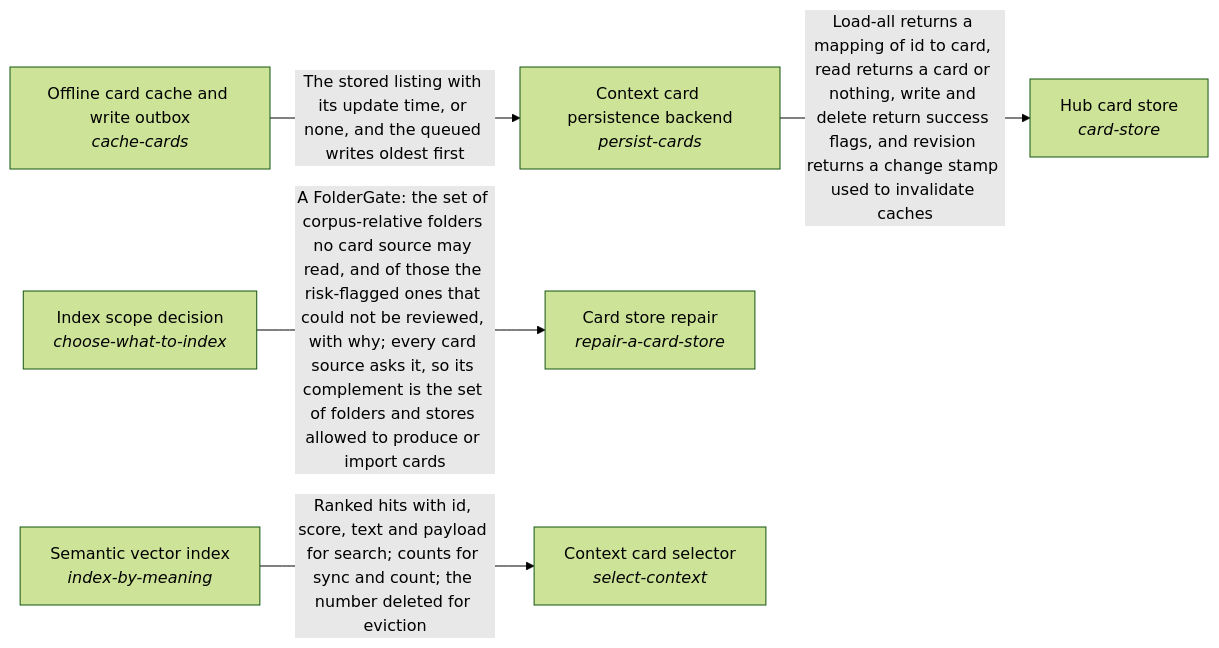
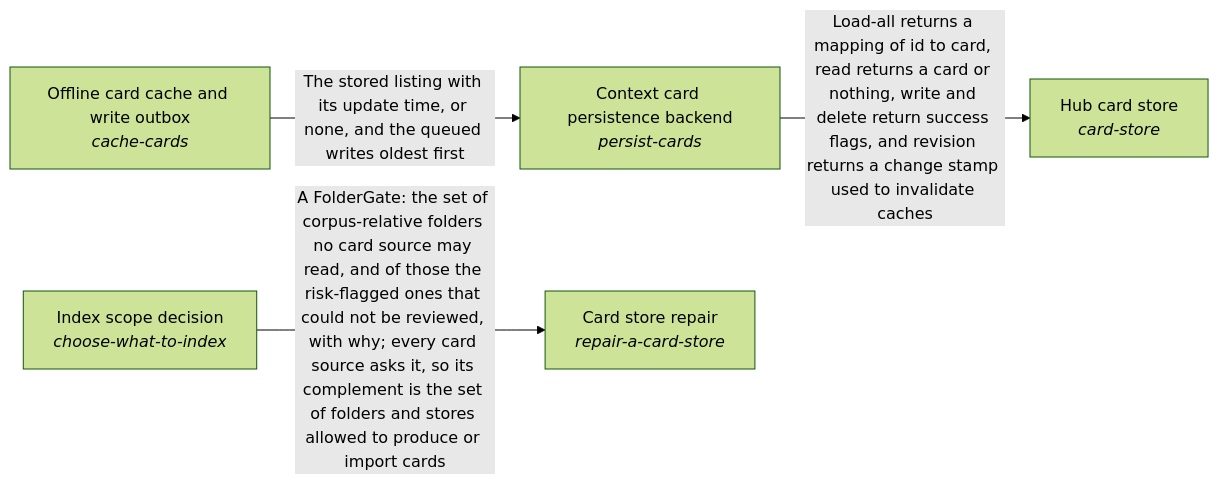
One commit to SpiritualData/quest-ai-runner changed the diagram in quest_ai_runner/the_intelligence/subconscious/README.md. Above: the diagram before and after it, drawn with Mermaid (forest theme). The commit also changed other lines of this file and 52 other files, not shown here.

````diff
--- a/quest_ai_runner/the_intelligence/subconscious/README.md
+++ b/quest_ai_runner/the_intelligence/subconscious/README.md
@@ -17,14 +17,11 @@
 ```mermaid
 flowchart LR
     s0["Context card persistence backend<br/><i>persist-cards</i>"]
     s1["Offline card cache and write outbox<br/><i>cache-cards</i>"]
     s2["Card store repair<br/><i>repair-a-card-store</i>"]
     s3["Index scope decision<br/><i>choose-what-to-index</i>"]
     s4["Hub card store<br/><i>card-store</i>"]
-    s5["Context card selector<br/><i>select-context</i>"]
-    s6["Semantic vector index<br/><i>index-by-meaning</i>"]
     s0 -->|"Load-all returns a mapping of id to card, read returns a card or nothing, write and delete return success flags, and revision returns a change stamp used to invalidate caches"| s4
     s1 -->|"The stored listing with its update time, or none, and the queued writes oldest first"| s0
     s3 -->|"A FolderGate: the set of corpus-relative folders no card source may read, and of those the risk-flagged ones that could not be reviewed, with why; every card source asks it, so its complement is the set of folders and stores allowed to produce or import cards"| s2
-    s6 -->|"Ranked hits with id, score, text and payload for search; counts for sync and count; the number deleted for eviction"| s5
 ```
````
